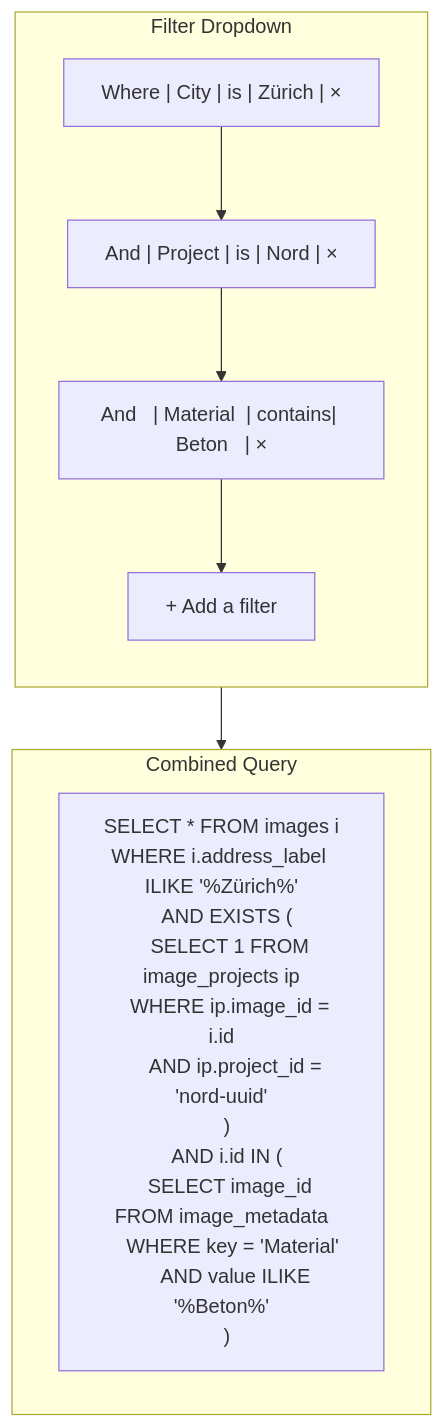
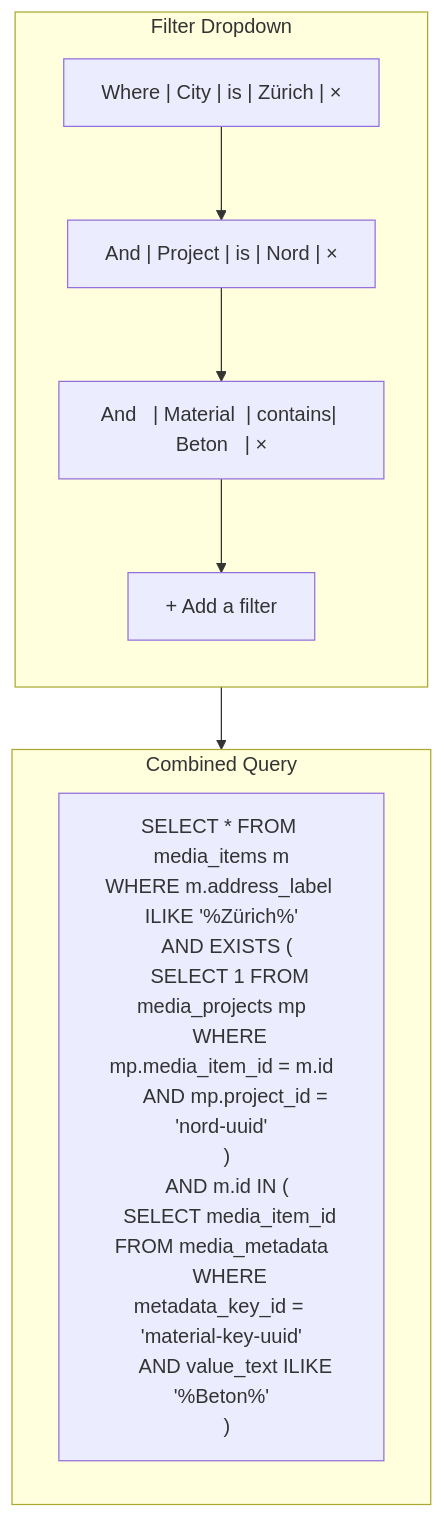
Before and after one commit to matkleve/feldpost: the fourth of 8 diagrams in docs/specs/component/filter-dropdown.md, drawn with Mermaid. The commit also changed other lines of this file and 26 other files, not shown here.

First line of the commit message:
refactor: update terminology from 'images' to 'media items' across documentation

````diff
--- a/docs/specs/component/filter-dropdown.md
+++ b/docs/specs/component/filter-dropdown.md
@@ -204,19 +204,19 @@
 ```mermaid
 flowchart TD
     subgraph FilterDropdown["Filter Dropdown"]
         direction TB
 
         R1["Where | City      | is      | Zürich  | ×"]
         R2["And   | Project   | is      | Nord    | ×"]
         R3["And   | Material  | contains| Beton   | ×"]
         Add["+ Add a filter"]
 
         R1 --> R2 --> R3 --> Add
     end
 
     subgraph Result["Combined Query"]
-        Q["SELECT * FROM images i\nWHERE i.address_label ILIKE '%Zürich%'\n  AND EXISTS (\n    SELECT 1 FROM image_projects ip\n    WHERE ip.image_id = i.id\n      AND ip.project_id = 'nord-uuid'\n  )\n  AND i.id IN (\n    SELECT image_id FROM image_metadata\n    WHERE key = 'Material'\n      AND value ILIKE '%Beton%'\n  )"]
+        Q["SELECT * FROM media_items m\nWHERE m.address_label ILIKE '%Zürich%'\n  AND EXISTS (\n    SELECT 1 FROM media_projects mp\n    WHERE mp.media_item_id = m.id\n      AND mp.project_id = 'nord-uuid'\n  )\n  AND m.id IN (\n    SELECT media_item_id FROM media_metadata\n    WHERE metadata_key_id = 'material-key-uuid'\n      AND value_text ILIKE '%Beton%'\n  )"]
     end
 
     FilterDropdown --> Result
 ```
````
